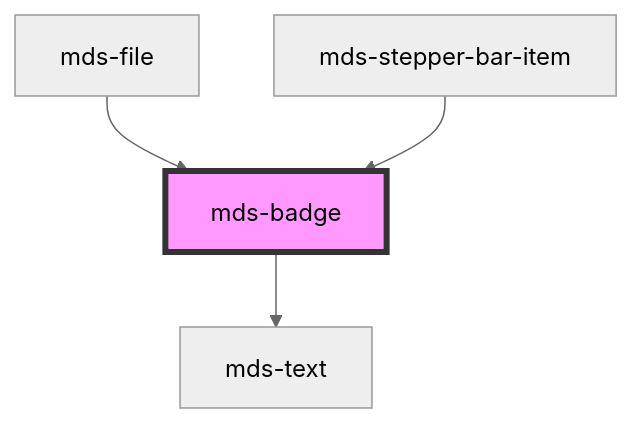
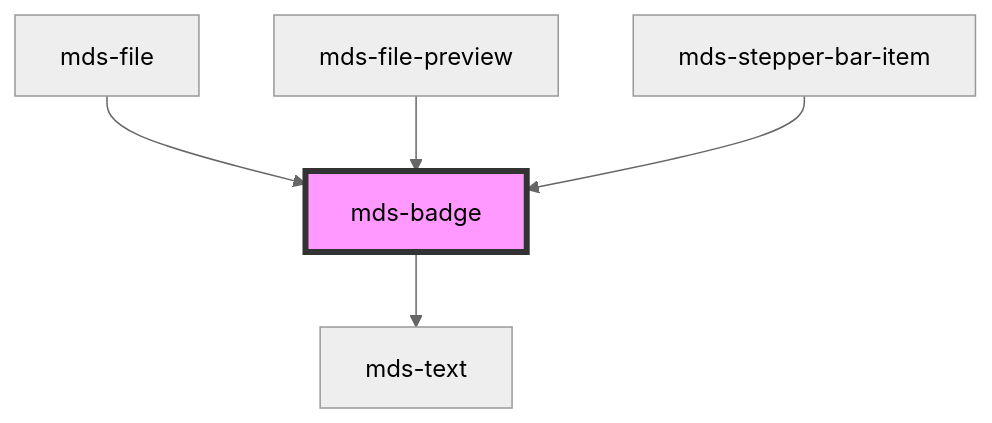
One commit to magma-design-system/magma changed the diagram in projects/stencil/src/components/mds-badge/readme.md. Above: the diagram before and after it, drawn with Mermaid (neutral theme). The commit also changed other lines of this file and 5 other files, not shown here.

````diff
--- a/projects/stencil/src/components/mds-badge/readme.md
+++ b/projects/stencil/src/components/mds-badge/readme.md
@@ -48,7 +49,8 @@
 ```mermaid
 graph TD;
   mds-badge --> mds-text
   mds-file --> mds-badge
+  mds-file-preview --> mds-badge
   mds-stepper-bar-item --> mds-badge
   style mds-badge fill:#f9f,stroke:#333,stroke-width:4px
 ```
````
